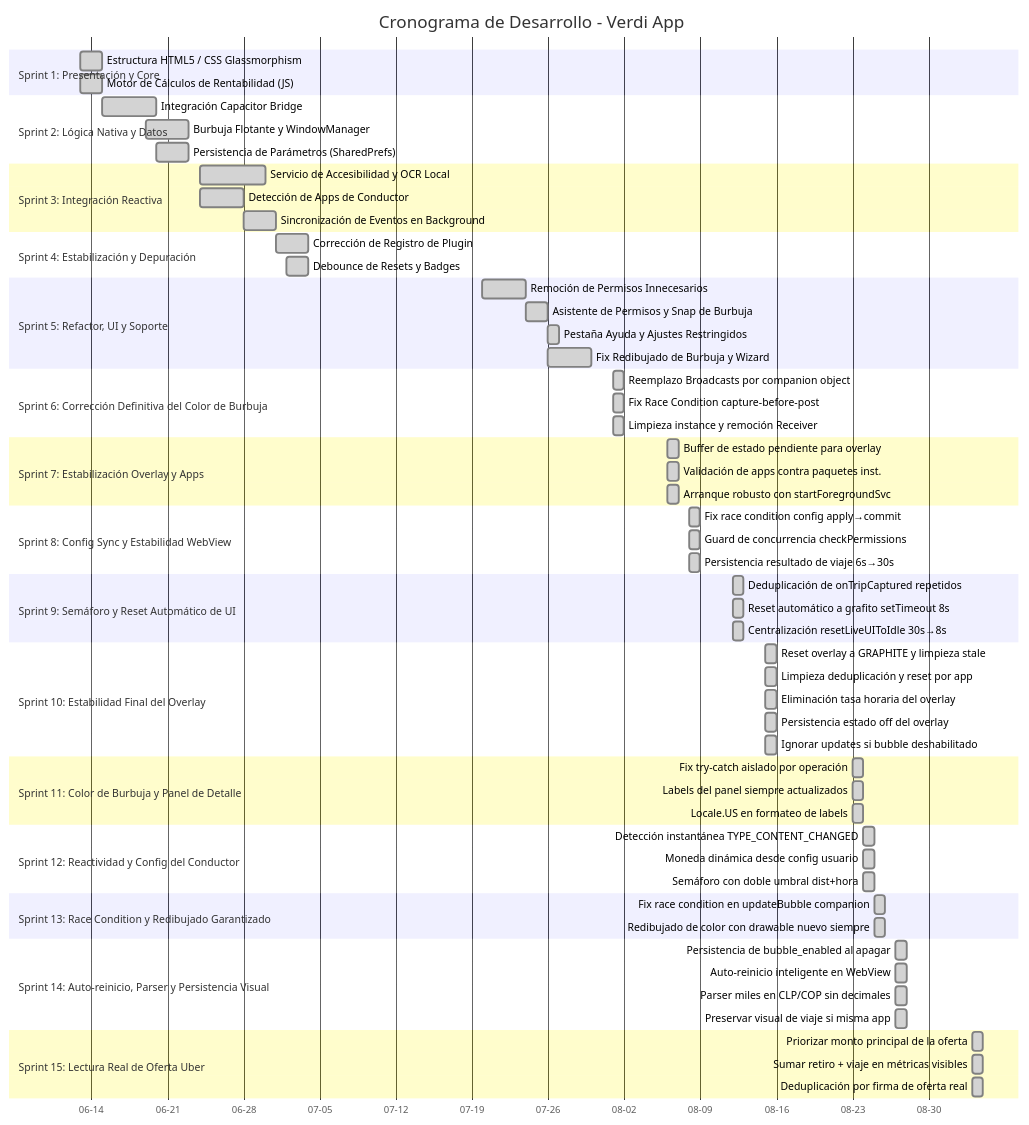
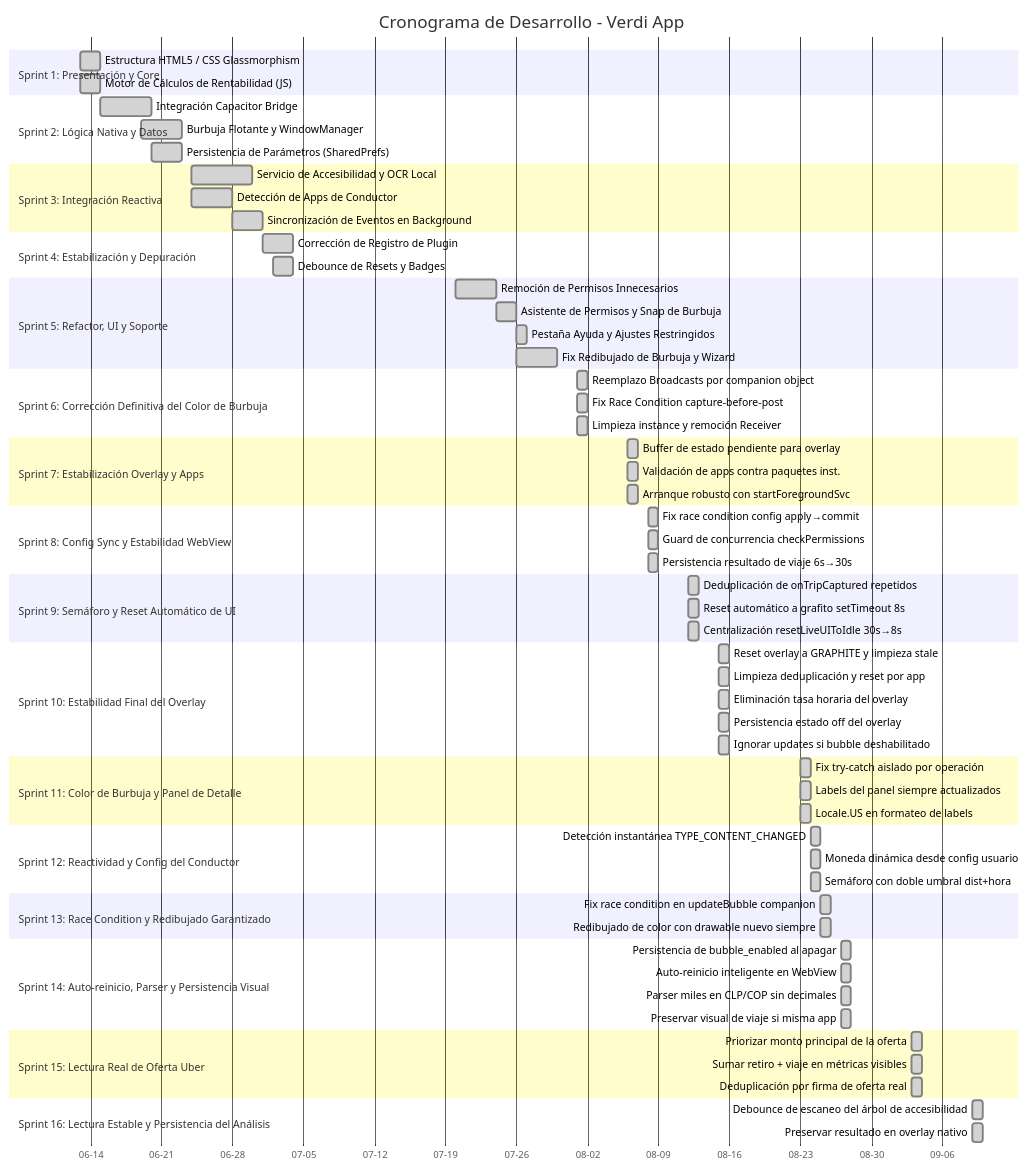
One commit to JorgeFreire95/Verdi changed the diagram in CRONOGRAMA_DESARROLLO.md. Above: the diagram before and after it, drawn with Mermaid. The commit also changed other lines of this file, not shown here.

````diff
--- a/CRONOGRAMA_DESARROLLO.md
+++ b/CRONOGRAMA_DESARROLLO.md
@@ -89,4 +89,8 @@
     Priorizar monto principal de la oferta      :done, s15a, 2026-09-03, 1d
     Sumar retiro + viaje en métricas visibles   :done, s15b, 2026-09-03, 1d
     Deduplicación por firma de oferta real      :done, s15c, 2026-09-03, 1d
+
+    section Sprint 16: Lectura Estable y Persistencia del Análisis
+    Debounce de escaneo del árbol de accesibilidad :done, s16a, 2026-09-09, 1d
+    Preservar resultado en overlay nativo          :done, s16b, 2026-09-09, 1d
 ```
````
